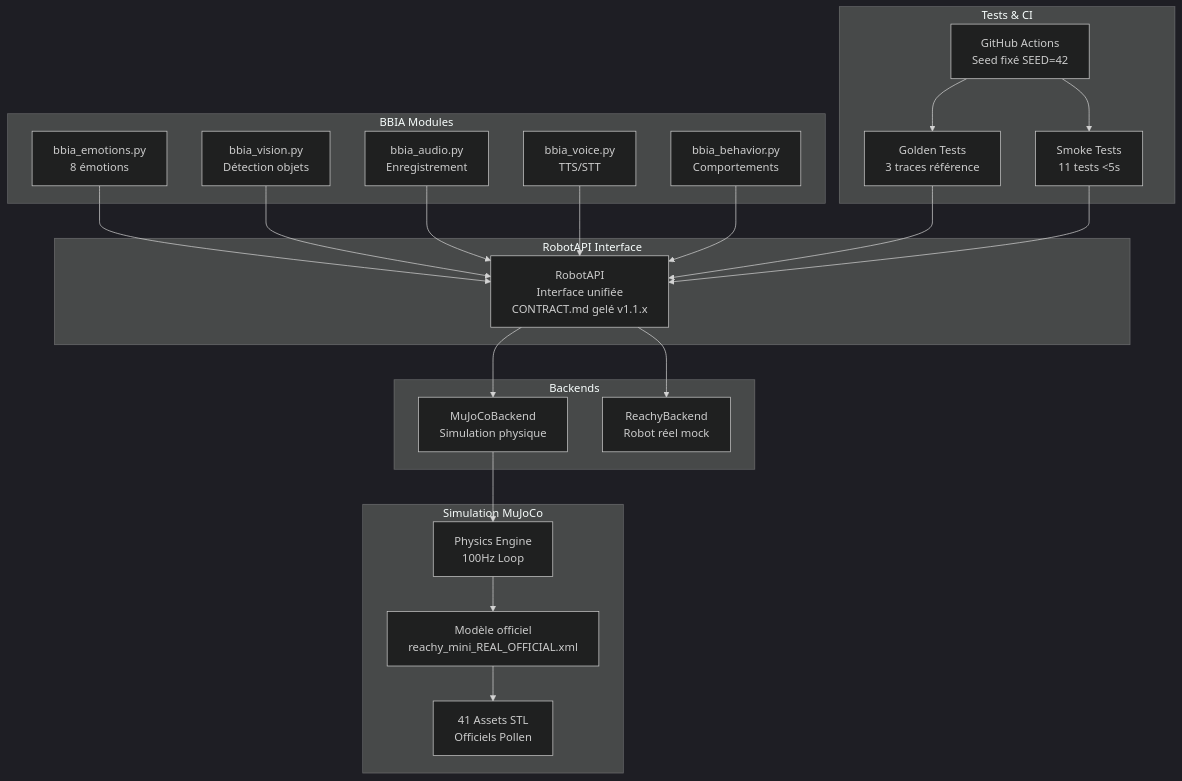
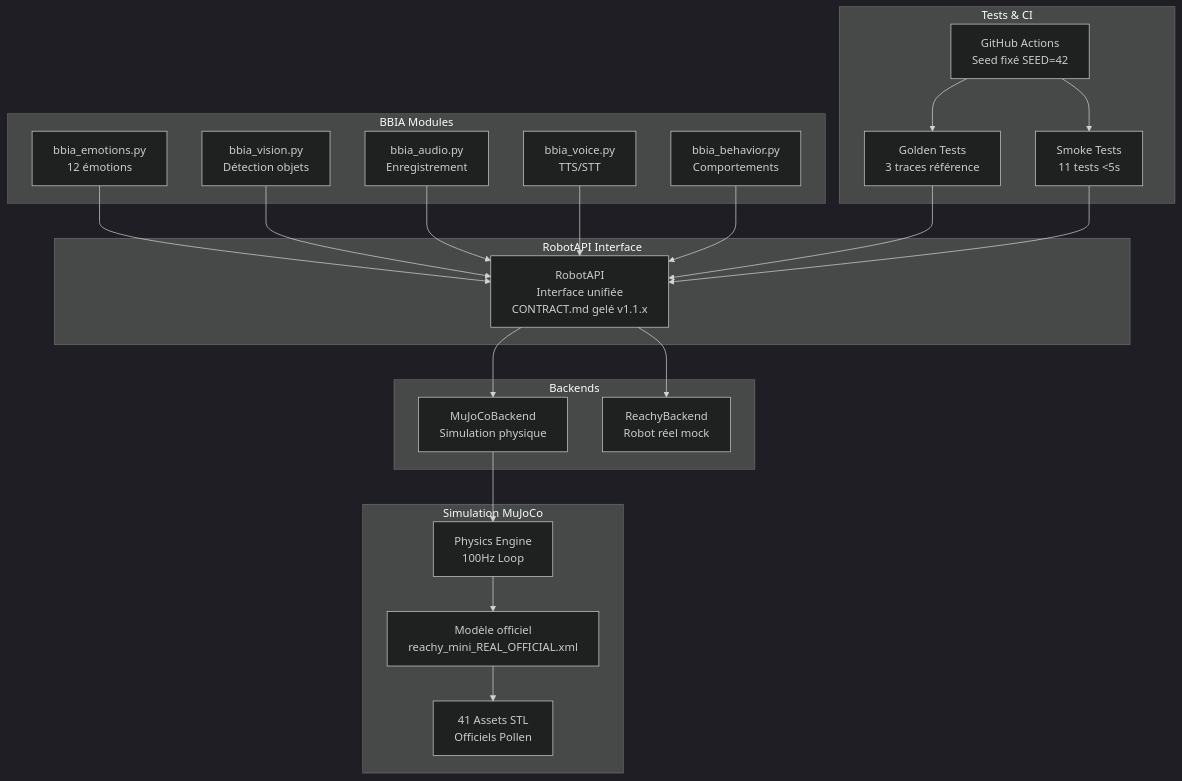
One commit to arkalia-luna-system/bbia-sim changed the first of 2 diagrams in docs/ARCHITECTURE.md. Above: the diagram before and after it, drawn with Mermaid (dark theme). The commit also changed other lines of this file and 6 other files, not shown here.

````diff
--- a/docs/ARCHITECTURE.md
+++ b/docs/ARCHITECTURE.md
@@ -9,49 +9,49 @@
 ```mermaid
 graph TB
     subgraph "BBIA Modules"
-        EMOTIONS[bbia_emotions.py<br/>8 émotions]
+        EMOTIONS[bbia_emotions.py<br/>12 émotions]
         VISION[bbia_vision.py<br/>Détection objets]
         AUDIO[bbia_audio.py<br/>Enregistrement]
         VOICE[bbia_voice.py<br/>TTS/STT]
         BEHAVIOR[bbia_behavior.py<br/>Comportements]
     end
     
     subgraph "RobotAPI Interface"
         API[RobotAPI<br/>Interface unifiée<br/>CONTRACT.md gelé v1.1.x]
     end
     
     subgraph "Backends"
         MUJOCO[MuJoCoBackend<br/>Simulation physique]
         REACHY[ReachyBackend<br/>Robot réel mock]
     end
     
     subgraph "Simulation MuJoCo"
         PHYSICS[Physics Engine<br/>100Hz Loop]
         MODEL[Modèle officiel<br/>reachy_mini_REAL_OFFICIAL.xml]
         ASSETS[41 Assets STL<br/>Officiels Pollen]
     end
     
     subgraph "Tests & CI"
         GOLDEN[Golden Tests<br/>3 traces référence]
         SMOKE[Smoke Tests<br/>11 tests <5s]
         CI[GitHub Actions<br/>Seed fixé SEED=42]
     end
     
     EMOTIONS --> API
     VISION --> API
     AUDIO --> API
     VOICE --> API
     BEHAVIOR --> API
     
     API --> MUJOCO
     API --> REACHY
     
     MUJOCO --> PHYSICS
     PHYSICS --> MODEL
     MODEL --> ASSETS
     
     GOLDEN --> API
     SMOKE --> API
     CI --> GOLDEN
     CI --> SMOKE
 ```
````
